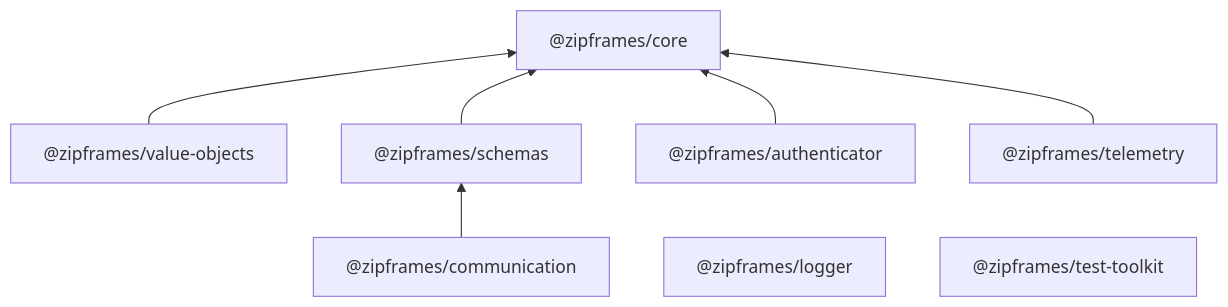
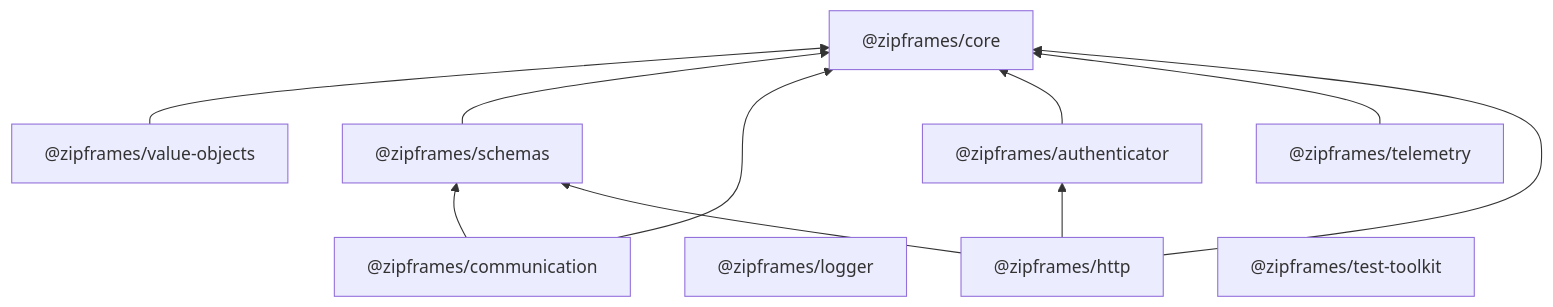
One commit to zipframes/zipframes-packages changed the diagram in docs/estrutura.md. Above: the diagram before and after it, drawn with Mermaid. The commit also changed other lines of this file and 10 other files, not shown here.

````diff
--- a/docs/estrutura.md
+++ b/docs/estrutura.md
@@ -21,17 +21,22 @@
 ```mermaid
 flowchart BT
   core["@zipframes/core"]
   vo["@zipframes/value-objects"]
   schemas["@zipframes/schemas"]
   comm["@zipframes/communication"]
   logger["@zipframes/logger"]
   telemetry["@zipframes/telemetry"]
   auth["@zipframes/authenticator"]
+  http["@zipframes/http"]
   toolkit["@zipframes/test-toolkit"]
 
   vo --> core
   schemas --> core
   comm --> schemas
+  comm --> core
   auth --> core
   telemetry --> core
+  http --> auth
+  http --> schemas
+  http --> core
 ```
````
